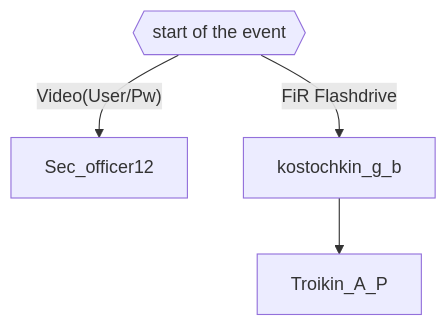
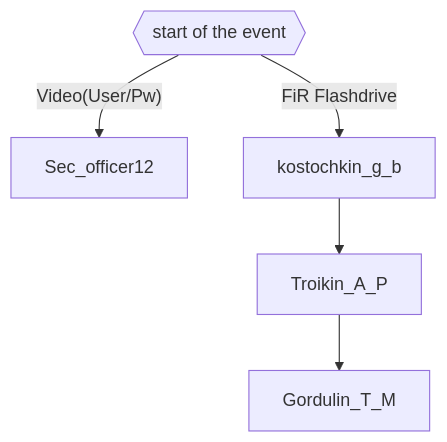
Before and after one commit to 3ncy/ARRS-s6: the diagram in README.md, drawn with Mermaid.

Commit message:
Update README.md graph

````diff
--- a/README.md
+++ b/README.md
@@ -11,6 +11,7 @@
 ```mermaid
 graph TD;
     start{{start of the event}} --Video(User/Pw)--> Sec_officer12;
     start{{start of the event}} --FiR Flashdrive--> kostochkin_g_b;
     kostochkin_g_b --> Troikin_A_P;
+    Troikin_A_P --> Gordulin_T_M;
 ```
````
